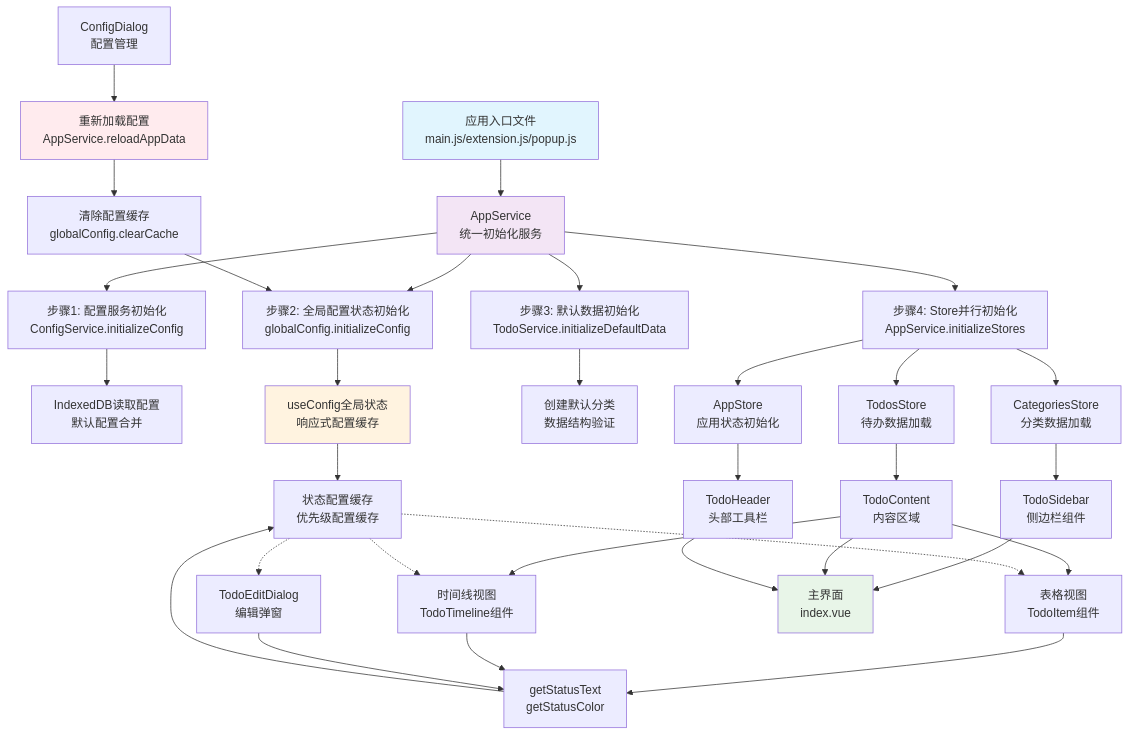
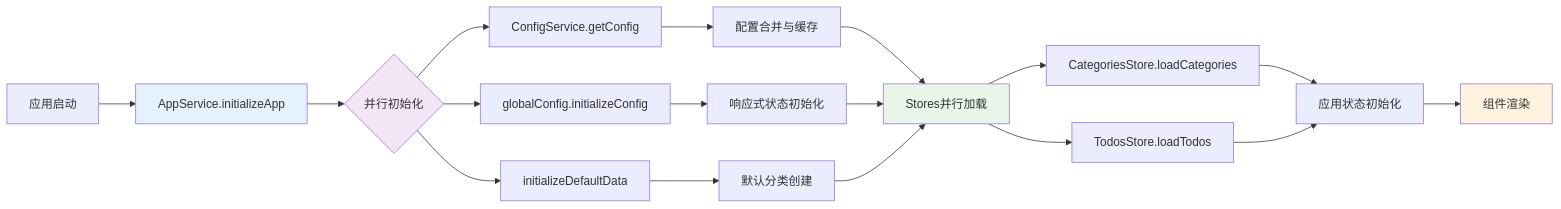
The first of 2 diagrams in README.md (Sisyphean-a/TidyDo), drawn with Mermaid before and after one commit. The commit also changed other lines of this file and 8 other files, not shown here.

````diff
--- a/README.md
+++ b/README.md
@@ -36,52 +118,24 @@
 ```mermaid
-graph TD
-    A[应用入口文件<br/>main.js/extension.js/popup.js] --> B[AppService<br/>统一初始化服务]
-    
-    B --> C[步骤1: 配置服务初始化<br/>ConfigService.initializeConfig]
-    C --> C1[IndexedDB读取配置<br/>默认配置合并]
-    
-    B --> D[步骤2: 全局配置状态初始化<br/>globalConfig.initializeConfig]
-    D --> D1[useConfig全局状态<br/>响应式配置缓存]
-    D1 --> D2[状态配置缓存<br/>优先级配置缓存]
-    
-    B --> E[步骤3: 默认数据初始化<br/>TodoService.initializeDefaultData]
-    E --> E1[创建默认分类<br/>数据结构验证]
-    
-    B --> F[步骤4: Store并行初始化<br/>AppService.initializeStores]
-    F --> F1[CategoriesStore<br/>分类数据加载]
-    F --> F2[TodosStore<br/>待办数据加载]
-    F --> F3[AppStore<br/>应用状态初始化]
-    
-    F1 --> G1[TodoSidebar<br/>侧边栏组件]
-    F2 --> G2[TodoContent<br/>内容区域]
-    F3 --> G3[TodoHeader<br/>头部工具栏]
-    
-    G2 --> G2A[表格视图<br/>TodoItem组件]
-    G2 --> G2B[时间线视图<br/>TodoTimeline组件]
-    
-    %% 配置共享机制
-    D2 -.-> G2A
-    D2 -.-> G2B
-    D2 -.-> H1[TodoEditDialog<br/>编辑弹窗]
-    
-    G1 --> I[主界面<br/>index.vue]
-    G2 --> I
-    G3 --> I
-    
-    %% 配置更新流程
-    J[ConfigDialog<br/>配置管理] --> K[重新加载配置<br/>AppService.reloadAppData]
-    K --> L[清除配置缓存<br/>globalConfig.clearCache]
-    L --> D
-    
-    %% 组件配置获取
-    G2A --> M[getStatusText<br/>getStatusColor]
-    G2B --> M
-    H1 --> M
-    M --> D2
-    
-    style A fill:#e1f5fe
-    style B fill:#f3e5f5
-    style D1 fill:#fff3e0
-    style I fill:#e8f5e8
-    style K fill:#ffebee
+graph LR
+    A[应用启动] --> B[AppService.initializeApp]
+    B --> C{并行初始化}
+    C --> D[ConfigService.getConfig]
+    C --> E[globalConfig.initializeConfig]
+    C --> F[initializeDefaultData]
+    D --> G[配置合并与缓存]
+    E --> H[响应式状态初始化]
+    F --> I[默认分类创建]
+    G --> J[Stores并行加载]
+    H --> J
+    I --> J
+    J --> K[CategoriesStore.loadCategories]
+    J --> L[TodosStore.loadTodos]
+    K --> M[应用状态初始化]
+    L --> M
+    M --> N[组件渲染]
+
+    style B fill:#e3f2fd
+    style C fill:#f3e5f5
+    style J fill:#e8f5e8
+    style N fill:#fff3e0
 ```
````
